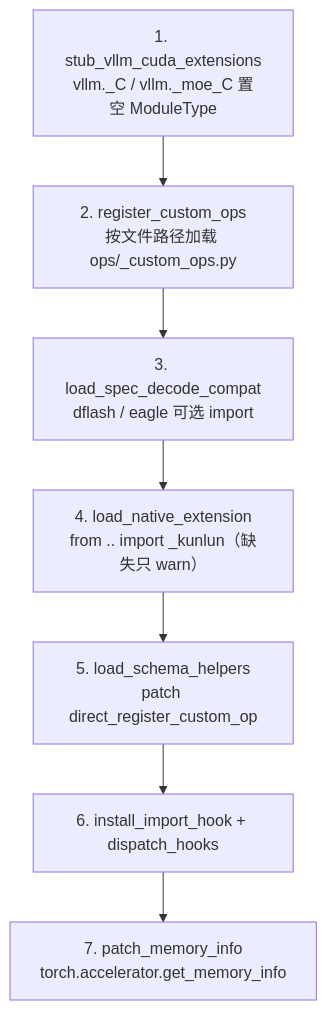
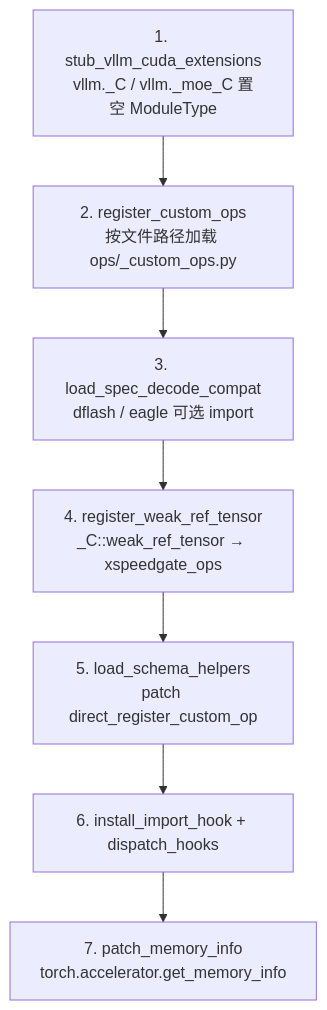
The diagram in openwiki/architecture.md (GrootLiu/vLLM-Kunlun), drawn with Mermaid before and after one commit. The commit also changed other lines of this file and 14 other files, not shown here.

First line of the commit message:
[Refactor] Replace the _kunlun C++ extension with a Python op alias

````diff
--- a/openwiki/architecture.md
+++ b/openwiki/architecture.md
@@ -57,11 +57,11 @@
 ```mermaid
 graph TD
     S1["1. stub_vllm_cuda_extensions<br/>vllm._C / vllm._moe_C 置空 ModuleType"]
     S2["2. register_custom_ops<br/>按文件路径加载 ops/_custom_ops.py"]
     S3["3. load_spec_decode_compat<br/>dflash / eagle 可选 import"]
-    S4["4. load_native_extension<br/>from .. import _kunlun（缺失只 warn）"]
+    S4["4. register_weak_ref_tensor<br/>_C::weak_ref_tensor → xspeedgate_ops"]
     S5["5. load_schema_helpers<br/>patch direct_register_custom_op"]
     S6["6. install_import_hook + dispatch_hooks"]
     S7["7. patch_memory_info<br/>torch.accelerator.get_memory_info"]
     S1 --> S2 --> S3 --> S4 --> S5 --> S6 --> S7
 ```
````
